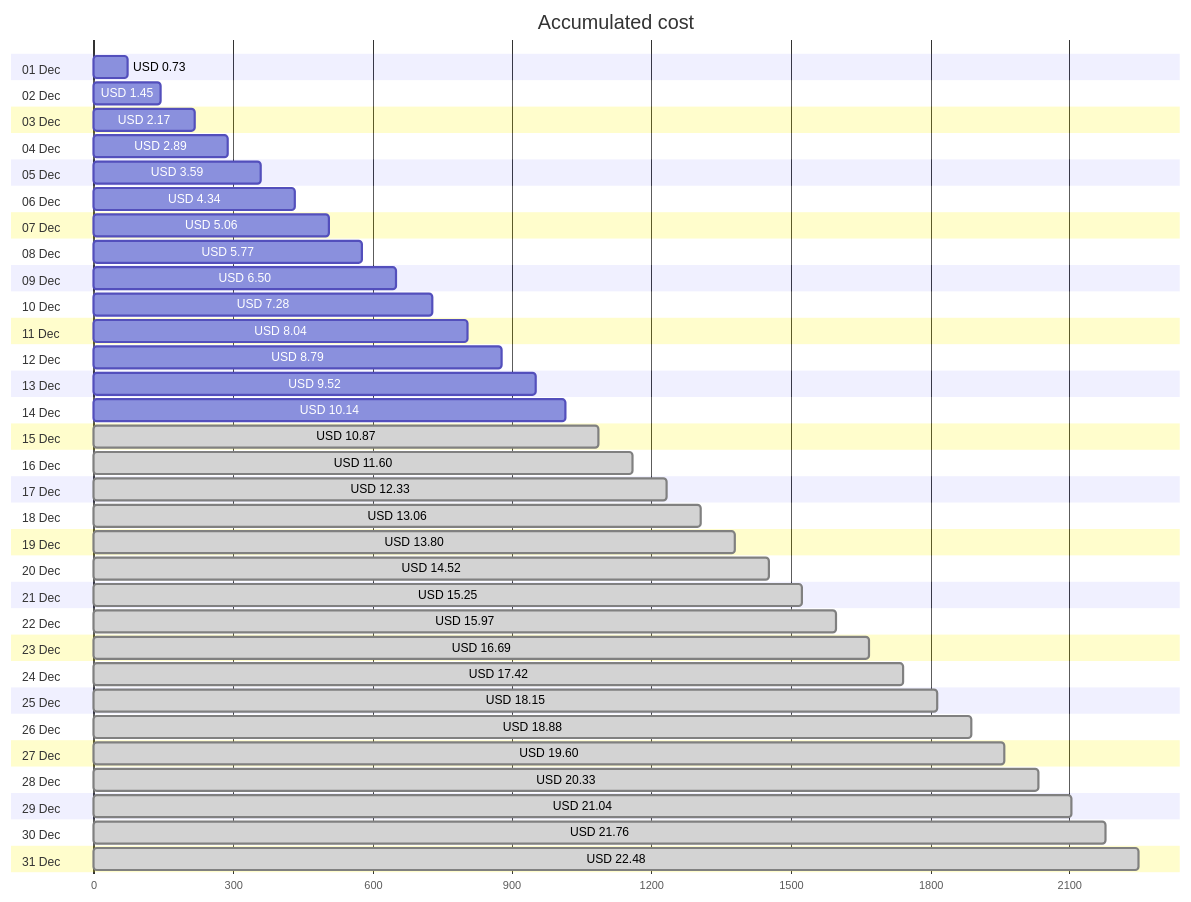
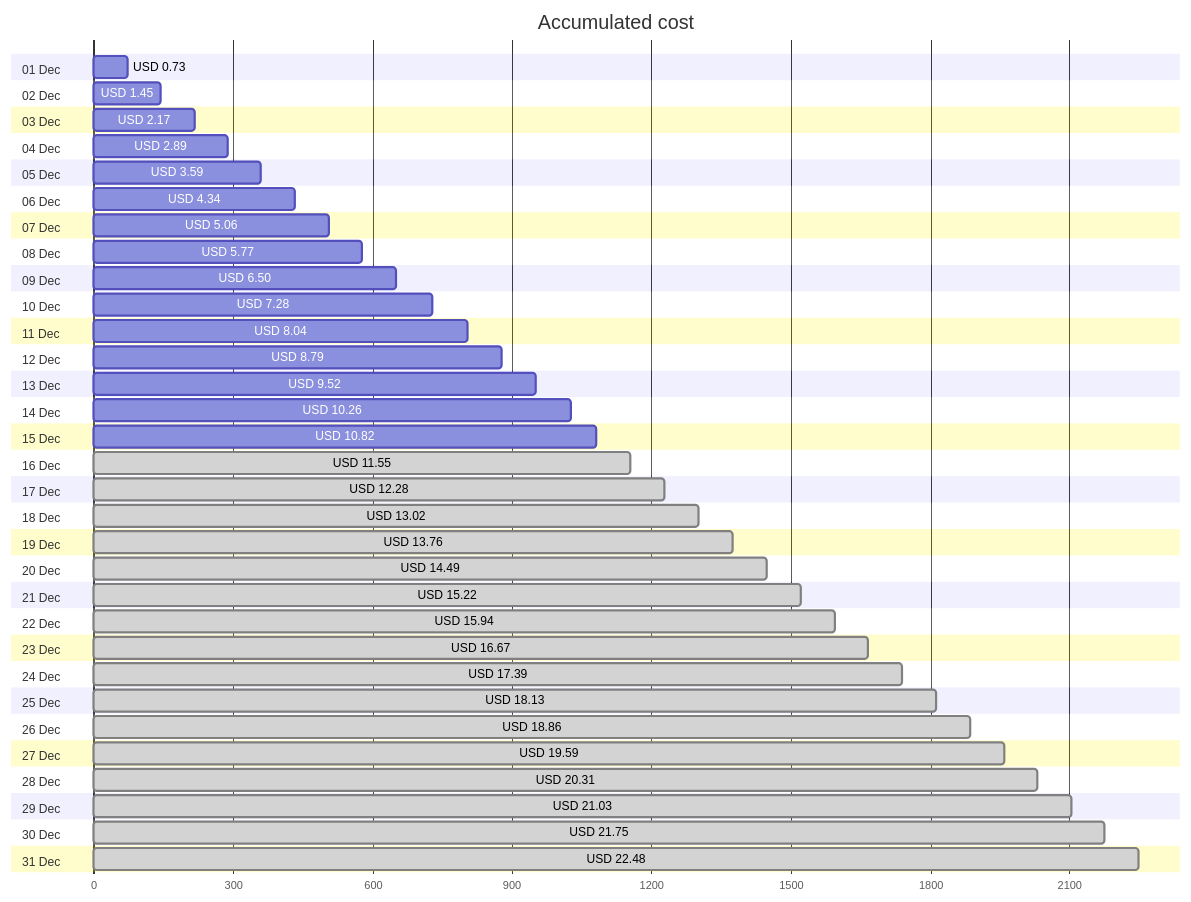
Before and after one commit to jpfulton/azure-personal-reports: the first of 4 diagrams in cost-reports/personal-network/backup-server-data-disk.md, drawn with Mermaid. The commit also changed other lines of this file and 8 other files, not shown here.

````diff
--- a/cost-reports/personal-network/backup-server-data-disk.md
+++ b/cost-reports/personal-network/backup-server-data-disk.md
@@ -20,68 +20,68 @@
 ```mermaid
 gantt
    title Accumulated cost
    dateFormat  X
    axisFormat %s
    section 01 Dec
    USD 0.73 :0, 73
    section 02 Dec
    USD 1.45 :0, 145
    section 03 Dec
    USD 2.17 :0, 217
    section 04 Dec
    USD 2.89 :0, 289
    section 05 Dec
    USD 3.59 :0, 359
    section 06 Dec
    USD 4.34 :0, 434
    section 07 Dec
    USD 5.06 :0, 506
    section 08 Dec
    USD 5.77 :0, 577
    section 09 Dec
    USD 6.50 :0, 650
    section 10 Dec
    USD 7.28 :0, 728
    section 11 Dec
    USD 8.04 :0, 804
    section 12 Dec
    USD 8.79 :0, 879
    section 13 Dec
    USD 9.52 :0, 952
    section 14 Dec
-   USD 10.14 :0, 1014
+   USD 10.26 :0, 1026
    section 15 Dec
-   USD 10.87 : done, 0, 1087
+   USD 10.82 :0, 1082
    section 16 Dec
-   USD 11.60 : done, 0, 1160
+   USD 11.55 : done, 0, 1155
    section 17 Dec
-   USD 12.33 : done, 0, 1233
+   USD 12.28 : done, 0, 1228
    section 18 Dec
-   USD 13.06 : done, 0, 1306
+   USD 13.02 : done, 0, 1302
    section 19 Dec
-   USD 13.80 : done, 0, 1380
+   USD 13.76 : done, 0, 1376
    section 20 Dec
-   USD 14.52 : done, 0, 1452
+   USD 14.49 : done, 0, 1449
    section 21 Dec
-   USD 15.25 : done, 0, 1525
+   USD 15.22 : done, 0, 1522
    section 22 Dec
-   USD 15.97 : done, 0, 1597
+   USD 15.94 : done, 0, 1594
    section 23 Dec
-   USD 16.69 : done, 0, 1669
+   USD 16.67 : done, 0, 1667
    section 24 Dec
-   USD 17.42 : done, 0, 1742
+   USD 17.39 : done, 0, 1739
    section 25 Dec
-   USD 18.15 : done, 0, 1815
+   USD 18.13 : done, 0, 1813
    section 26 Dec
-   USD 18.88 : done, 0, 1888
+   USD 18.86 : done, 0, 1886
    section 27 Dec
-   USD 19.60 : done, 0, 1960
+   USD 19.59 : done, 0, 1959
    section 28 Dec
-   USD 20.33 : done, 0, 2033
+   USD 20.31 : done, 0, 2031
    section 29 Dec
-   USD 21.04 : done, 0, 2104
+   USD 21.03 : done, 0, 2103
    section 30 Dec
-   USD 21.76 : done, 0, 2176
+   USD 21.75 : done, 0, 2175
    section 31 Dec
    USD 22.48 : done, 0, 2248
 ```
````
